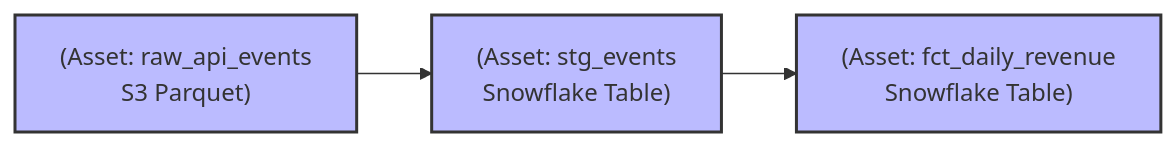
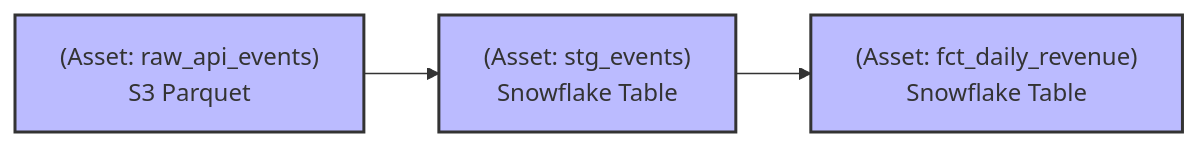
The second of 2 diagrams in src/content/docs/concepts/7-dataops-orchestration-quality/software-defined-assets.md (kythuatdulieu/kythuatdulieu.github.io), drawn with Mermaid before and after one commit. The commit also changed other lines of this file and 213 other files, not shown here.

Commit message:
Fix syntax and rewrite 200+ concepts docs to deep-dive system architecture and add GA4 tracking to quiz app

````diff
--- a/src/content/docs/concepts/7-dataops-orchestration-quality/software-defined-assets.md
+++ b/src/content/docs/concepts/7-dataops-orchestration-quality/software-defined-assets.md
@@ -41,9 +44,9 @@
 ```mermaid
 graph LR
-    A["(Asset: raw_api_events\nS3 Parquet)"] --> B["(Asset: stg_events\nSnowflake Table)"]
-    B --> C["(Asset: fct_daily_revenue\nSnowflake Table)"]
+    A["(Asset: raw_api_events)<br/>S3 Parquet"] --> B["(Asset: stg_events)<br/>Snowflake Table"]
+    B --> C["(Asset: fct_daily_revenue)<br/>Snowflake Table"]
     
     style A fill:#bbf,stroke:#333,stroke-width:2px
     style B fill:#bbf,stroke:#333,stroke-width:2px
     style C fill:#bbf,stroke:#333,stroke-width:2px
 ```
````
